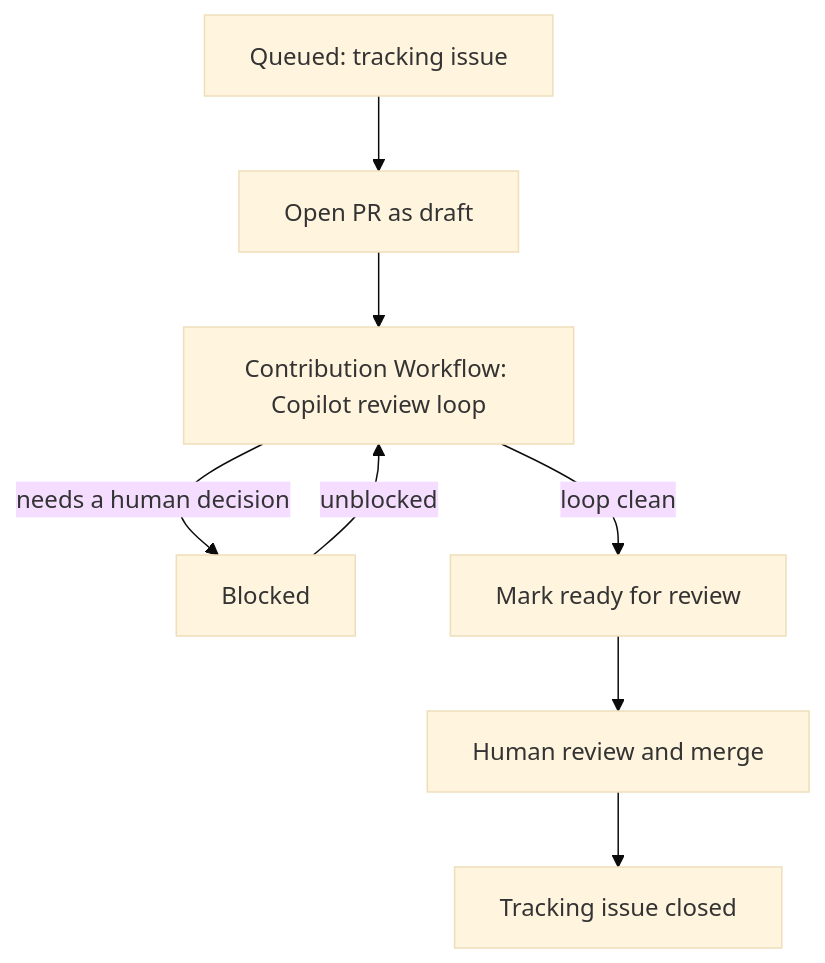
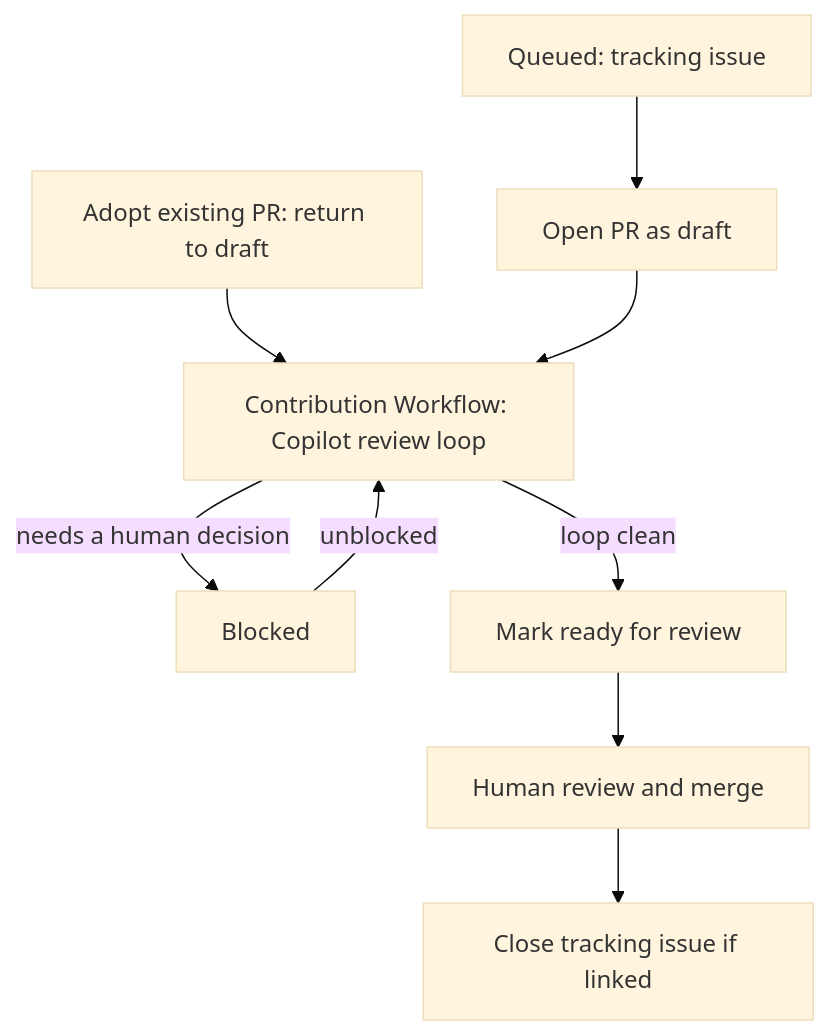
The diagram in src/docs/Ways-of-Working/Fleet-Orchestration.md (MSXOrg/docs), drawn with Mermaid (base theme) before and after one commit.

Commit message:
Show the adopted-PR entry path (and optional issue close) in the lifecycle diagram

````diff
--- a/src/docs/Ways-of-Working/Fleet-Orchestration.md
+++ b/src/docs/Ways-of-Working/Fleet-Orchestration.md
@@ -117,10 +117,11 @@
 ```mermaid
 flowchart TD
     Q[Queued: tracking issue] --> P[Open PR as draft]
+    A[Adopt existing PR: return to draft] --> R
     P --> R[Contribution Workflow: Copilot review loop]
     R -->|needs a human decision| B[Blocked]
     B -->|unblocked| R
     R -->|loop clean| Y[Mark ready for review]
     Y --> M[Human review and merge]
-    M --> D[Tracking issue closed]
+    M --> D[Close tracking issue if linked]
 ```
````
